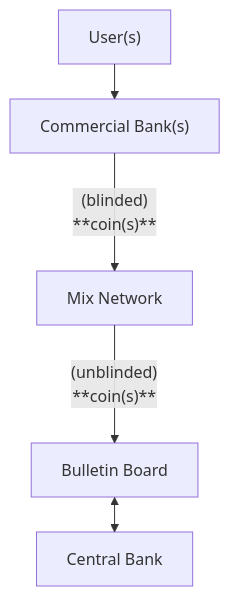
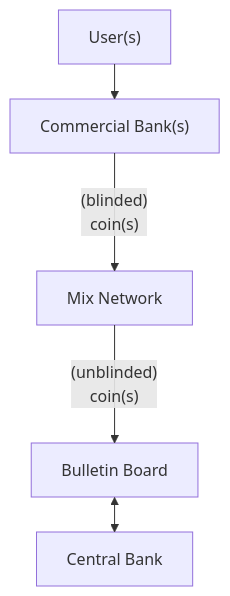
Before and after one commit to yaksetig/e-cash3.0: the diagram in README.md, drawn with Mermaid.

````diff
--- a/README.md
+++ b/README.md
@@ -5,22 +5,22 @@
 ```mermaid
 ---
 config:
   layout: elk
 ---
 flowchart TD
     user["User(s)"]
 
     commercial_bank["Commercial Bank(s)"]
 
     board["Bulletin Board"]
     central_bank["Central Bank"]
 
     mix_network["Mix Network"]
 
     
     user -->  commercial_bank
-    commercial_bank --"(blinded)<br>**coin(s)**"-->  mix_network
-    mix_network     --"(unblinded)<br>**coin(s)**"-->  board
+    commercial_bank --"(blinded)<br>coin(s)"-->  mix_network
+    mix_network     --"(unblinded)<br>coin(s)"-->  board
     board           <--> central_bank
 
 ```
````
